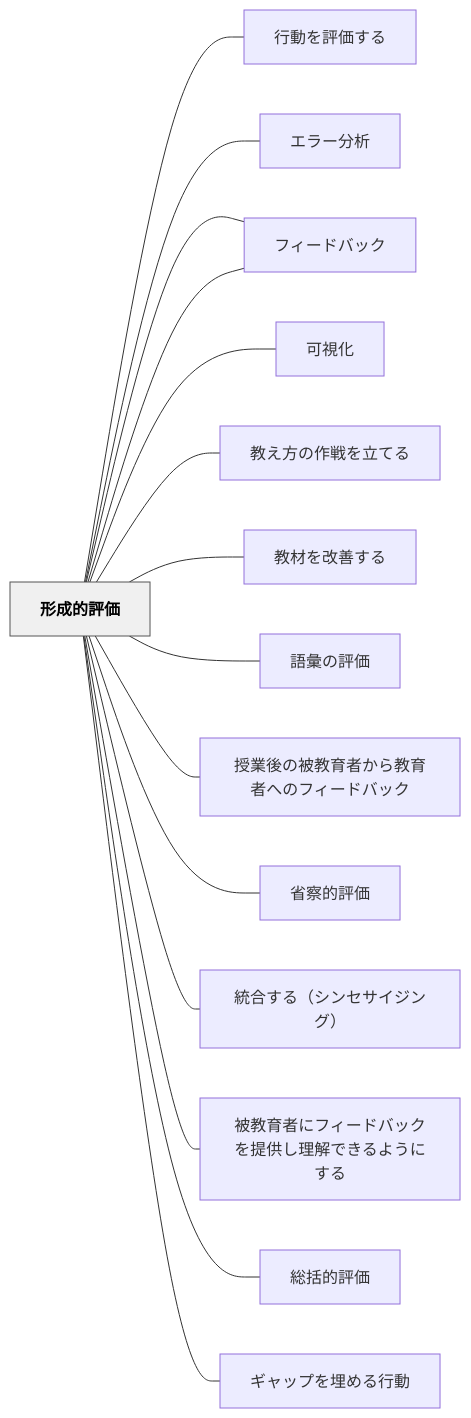
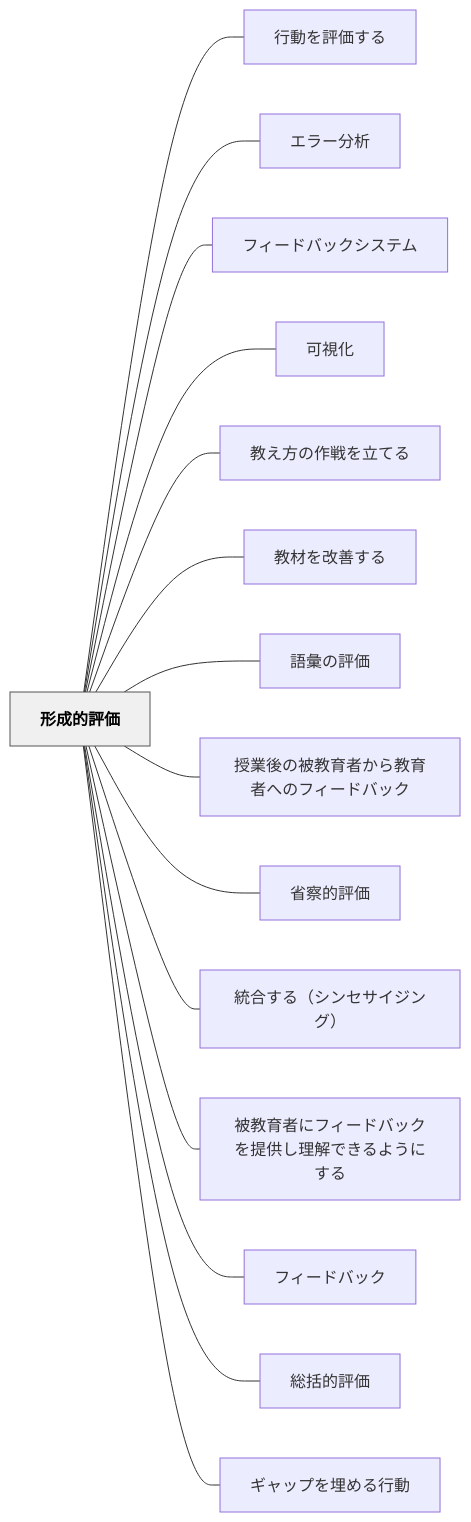
Before and after one commit to unknownthings-ed-patterns/unknownthings-ed-patterns: the diagram in content/パタン/形成的評価.md, drawn with Mermaid. The commit also changed 527 other files, not shown here.

````diff
--- a/content/パタン/形成的評価.md
+++ b/content/パタン/形成的評価.md
@@ -74,36 +74,36 @@
 ```mermaid
 flowchart LR
-    ne5bda2e68890["形成的評価"]
-    ne8a18ce58b95["行動を評価する"]
-    ne382a8e383a9["エラー分析"]
-    ne38395e382a3["フィードバックシステム"]
-    ne58fafe8a696["可視化"]
-    ne69599e38188["教え方の作戦を立てる"]
-    ne69599e69d90["教材を改善する"]
-    ne8aa9ee5bd99["語彙の評価"]
-    ne68e88e6a5ad["授業後の被教育者から教育者へのフィードバック"]
-    ne79c81e5af9f["省察的評価"]
-    ne7b5b1e59088["統合する（シンセサイジング）"]
-    ne8a2abe69599["被教育者にフィードバックを提供し理解できるようにする"]
-    ne38395e382a3["フィードバック"]
-    ne7b78fe68bac["総括的評価"]
-    ne382aee383a3["ギャップを埋める行動"]
+    ne5bda2e68890e79a84e8a995e4bea1["形成的評価"]
+    ne8a18ce58b95e38292e8a995e4bea1e38199e3828b["行動を評価する"]
+    ne382a8e383a9e383bce58886e69e90["エラー分析"]
+    ne38395e382a3e383bce38389e38390e38383e382afe382b7e382b9e38386e383a0["フィードバックシステム"]
+    ne58fafe8a696e58c96["可視化"]
+    ne69599e38188e696b9e381aee4bd9ce688a6e38292e7ab8be381a6e3828b["教え方の作戦を立てる"]
+    ne69599e69d90e38292e694b9e59684e38199e3828b["教材を改善する"]
+    ne8aa9ee5bd99e381aee8a995e4bea1["語彙の評価"]
+    ne68e88e6a5ade5be8ce381aee8a2abe69599e882b2e88085e3818be38289e69599e882b2e88085e381b8e381aee38395e382a3e383bce38389e38390e38383e382af["授業後の被教育者から教育者へのフィードバック"]
+    ne79c81e5af9fe79a84e8a995e4bea1["省察的評価"]
+    ne7b5b1e59088e38199e3828befbc88e382b7e383b3e382bbe382b5e382a4e382b8e383b3e382b0efbc89["統合する（シンセサイジング）"]
+    ne8a2abe69599e882b2e88085e381abe38395e382a3e383bce38389e38390e38383e382afe38292e68f90e4be9be38197e79086e8a7a3e381a7e3818de3828be38288e38186e381abe38199e3828b["被教育者にフィードバックを提供し理解できるようにする"]
+    ne38395e382a3e383bce38389e38390e38383e382af["フィードバック"]
+    ne7b78fe68bace79a84e8a995e4bea1["総括的評価"]
+    ne382aee383a3e38383e38397e38292e59f8be38281e3828be8a18ce58b95["ギャップを埋める行動"]
 
-    ne5bda2e68890 --- ne8a18ce58b95
-    ne5bda2e68890 --- ne382a8e383a9
-    ne5bda2e68890 --- ne38395e382a3
-    ne5bda2e68890 --- ne58fafe8a696
-    ne5bda2e68890 --- ne69599e38188
-    ne5bda2e68890 --- ne69599e69d90
-    ne5bda2e68890 --- ne8aa9ee5bd99
-    ne5bda2e68890 --- ne68e88e6a5ad
-    ne5bda2e68890 --- ne79c81e5af9f
-    ne5bda2e68890 --- ne7b5b1e59088
-    ne5bda2e68890 --- ne8a2abe69599
-    ne5bda2e68890 --- ne38395e382a3
-    ne5bda2e68890 --- ne7b78fe68bac
-    ne5bda2e68890 --- ne382aee383a3
+    ne5bda2e68890e79a84e8a995e4bea1 --- ne8a18ce58b95e38292e8a995e4bea1e38199e3828b
+    ne5bda2e68890e79a84e8a995e4bea1 --- ne382a8e383a9e383bce58886e69e90
+    ne5bda2e68890e79a84e8a995e4bea1 --- ne38395e382a3e383bce38389e38390e38383e382afe382b7e382b9e38386e383a0
+    ne5bda2e68890e79a84e8a995e4bea1 --- ne58fafe8a696e58c96
+    ne5bda2e68890e79a84e8a995e4bea1 --- ne69599e38188e696b9e381aee4bd9ce688a6e38292e7ab8be381a6e3828b
+    ne5bda2e68890e79a84e8a995e4bea1 --- ne69599e69d90e38292e694b9e59684e38199e3828b
+    ne5bda2e68890e79a84e8a995e4bea1 --- ne8aa9ee5bd99e381aee8a995e4bea1
+    ne5bda2e68890e79a84e8a995e4bea1 --- ne68e88e6a5ade5be8ce381aee8a2abe69599e882b2e88085e3818be38289e69599e882b2e88085e381b8e381aee38395e382a3e383bce38389e38390e38383e382af
+    ne5bda2e68890e79a84e8a995e4bea1 --- ne79c81e5af9fe79a84e8a995e4bea1
+    ne5bda2e68890e79a84e8a995e4bea1 --- ne7b5b1e59088e38199e3828befbc88e382b7e383b3e382bbe382b5e382a4e382b8e383b3e382b0efbc89
+    ne5bda2e68890e79a84e8a995e4bea1 --- ne8a2abe69599e882b2e88085e381abe38395e382a3e383bce38389e38390e38383e382afe38292e68f90e4be9be38197e79086e8a7a3e381a7e3818de3828be38288e38186e381abe38199e3828b
+    ne5bda2e68890e79a84e8a995e4bea1 --- ne38395e382a3e383bce38389e38390e38383e382af
+    ne5bda2e68890e79a84e8a995e4bea1 --- ne7b78fe68bace79a84e8a995e4bea1
+    ne5bda2e68890e79a84e8a995e4bea1 --- ne382aee383a3e38383e38397e38292e59f8be38281e3828be8a18ce58b95
 
     classDef hub fill:#f0f0f0,stroke:#555,color:#000,font-weight:bold
-    class ne5bda2e68890 hub
+    class ne5bda2e68890e79a84e8a995e4bea1 hub
 ```
````
